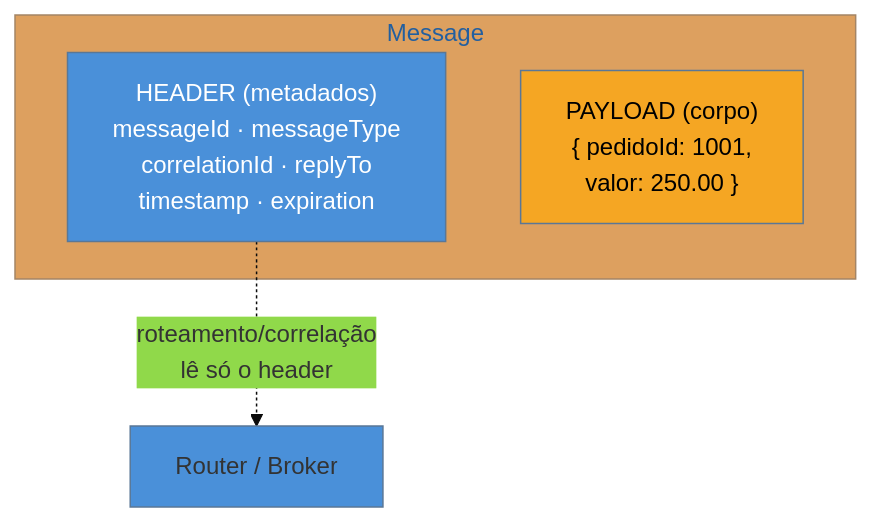
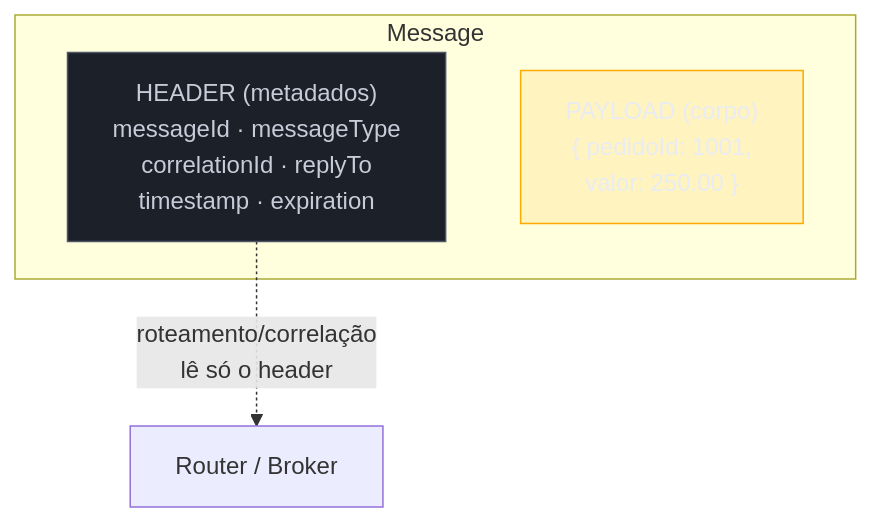
The diagram in 03-Dominios/Engenharia/Design de Software/Padrões de Projeto/Integração Empresarial (EIP)/02 - Message.md (josenaldo/codex-technomanticus), drawn with Mermaid before and after one commit. The commit also changed 1181 other files, not shown here.

First line of the commit message:
fix(diagramas): paleta do sistema no lugar de cor cravada no markdown

````diff
--- a/03-Dominios/Engenharia/Design de Software/Padrões de Projeto/Integração Empresarial (EIP)/02 - Message.md
+++ b/03-Dominios/Engenharia/Design de Software/Padrões de Projeto/Integração Empresarial (EIP)/02 - Message.md
@@ -37,12 +37,13 @@
 ```mermaid
-%%{init: {"theme": "base", "themeVariables": {"primaryColor": "#4A90D9"}}}%%
 graph TD
+    classDef neutro fill:#1B2029,stroke:#4E5666,color:#C6CCD8
+    classDef destaque fill:#FFAA0024,stroke:#FFAA00,color:#E9ECF2
     subgraph MSG["Message"]
         H["HEADER (metadados)<br/>messageId · messageType<br/>correlationId · replyTo<br/>timestamp · expiration"]
         P["PAYLOAD (corpo)<br/>{ pedidoId: 1001,<br/>valor: 250.00 }"]
     end
     H -.roteamento/correlação<br/>lê só o header.-> R["Router / Broker"]
 
-    style H fill:#4A90D9,color:#fff
-    style P fill:#F5A623,color:#000
+    class H neutro
+    class P destaque
 ```
````
